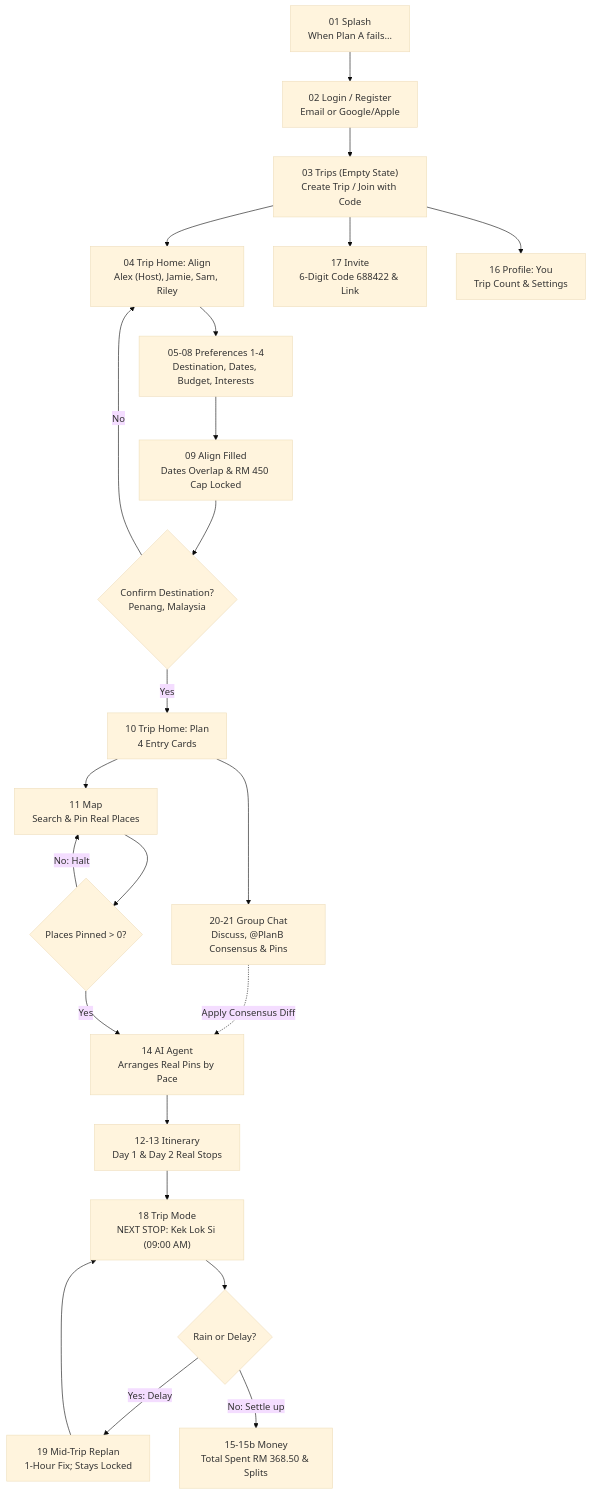
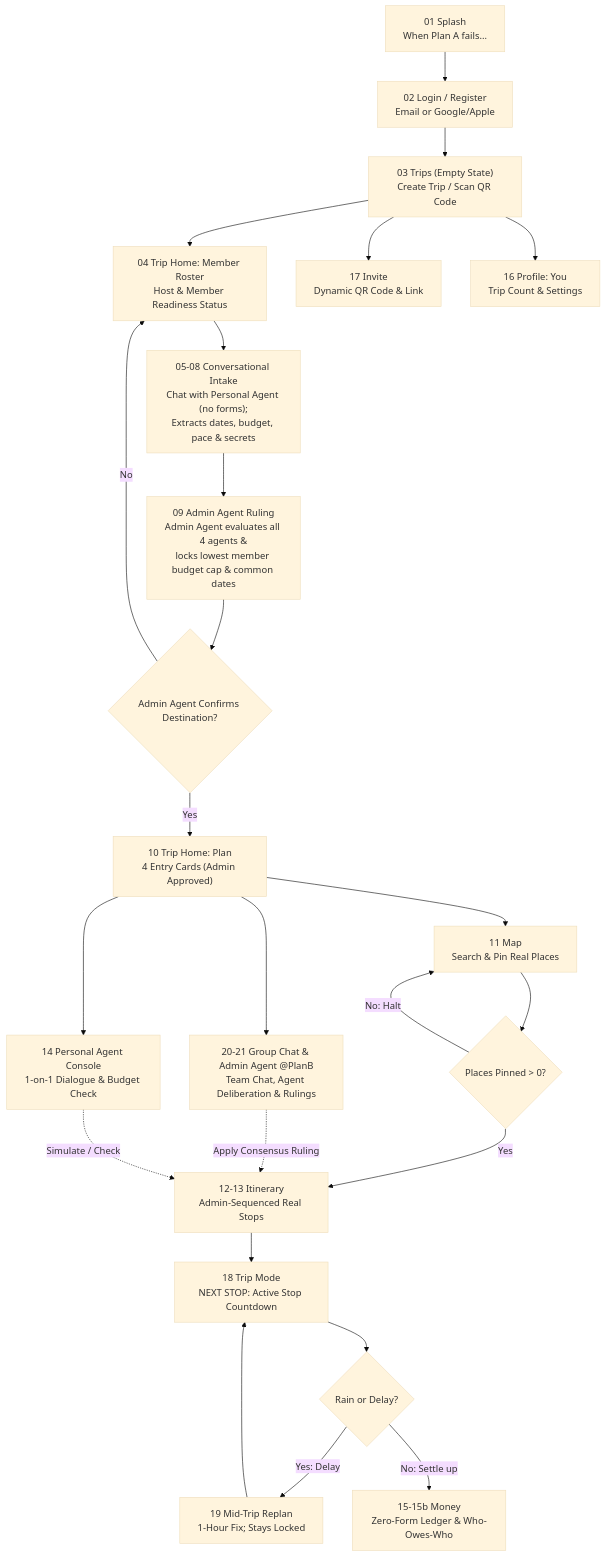
Diagram 15 of 21 in README.md (nlzce/We-are-the-champions_Plan-B), drawn with Mermaid (base theme) before and after one commit. The commit also changed other lines of this file, not shown here.

Commit message:
docs: update README with multi-agent architecture, 22-screen journey, and zero-form intake

````diff
--- a/README.md
+++ b/README.md
@@ -380,25 +489,26 @@
 ```mermaid
 flowchart TD
   S01["01 Splash<br/>When Plan A fails..."] --> S02["02 Login / Register<br/>Email or Google/Apple"]
-  S02 --> S03["03 Trips (Empty State)<br/>Create Trip / Join with Code"]
-  S03 --> S04["04 Trip Home: Align<br/>Alex (Host), Jamie, Sam, Riley"]
-  S03 --> S17["17 Invite<br/>6-Digit Code 688422 & Link"]
-  S04 --> S05_08["05-08 Preferences 1-4<br/>Destination, Dates, Budget, Interests"]
-  S05_08 --> S09["09 Align Filled<br/>Dates Overlap & RM 450 Cap Locked"]
-  S09 --> DestCheck{"Confirm Destination?<br/>Penang, Malaysia"}
+  S02 --> S03["03 Trips (Empty State)<br/>Create Trip / Scan QR Code"]
+  S03 --> S04["04 Trip Home: Member Roster<br/>Host & Member Readiness Status"]
+  S03 --> S17["17 Invite<br/>Dynamic QR Code & Link"]
+  S04 --> S05_08["05-08 Conversational Intake<br/>Chat with Personal Agent (no forms);<br/>Extracts dates, budget, pace & secrets"]
+  S05_08 --> S09["09 Admin Agent Ruling<br/>Admin Agent evaluates all 4 agents &<br/>locks lowest member budget cap & common dates"]
+  S09 --> DestCheck{"Admin Agent Confirms Destination?"}
   DestCheck -->|No| S04
-  DestCheck -->|Yes| S10["10 Trip Home: Plan<br/>4 Entry Cards"]
+  DestCheck -->|Yes| S10["10 Trip Home: Plan<br/>4 Entry Cards (Admin Approved)"]
   S10 --> S11["11 Map<br/>Search & Pin Real Places"]
-  S10 --> S20_21["20-21 Group Chat<br/>Discuss, @PlanB Consensus & Pins"]
-  S20_21 -.->|Apply Consensus Diff| S14
+  S10 --> S14["14 Personal Agent Console<br/>1-on-1 Dialogue & Budget Check"]
+  S10 --> S20_21["20-21 Group Chat & Admin Agent @PlanB<br/>Team Chat, Agent Deliberation & Rulings"]
   S11 --> PlaceCheck{"Places Pinned > 0?"}
   PlaceCheck -->|No: Halt| S11
-  PlaceCheck -->|Yes| S14["14 AI Agent<br/>Arranges Real Pins by Pace"]
-  S14 --> S12_13["12-13 Itinerary<br/>Day 1 & Day 2 Real Stops"]
-  S12_13 --> S18["18 Trip Mode<br/>NEXT STOP: Kek Lok Si (09:00 AM)"]
+  PlaceCheck -->|Yes| S12_13["12-13 Itinerary<br/>Admin-Sequenced Real Stops"]
+  S20_21 -.->|"Apply Consensus Ruling"| S12_13
+  S14 -.->|"Simulate / Check"| S12_13
+  S12_13 --> S18["18 Trip Mode<br/>NEXT STOP: Active Stop Countdown"]
   S18 --> DisCheck{"Rain or Delay?"}
   DisCheck -->|Yes: Delay| S19["19 Mid-Trip Replan<br/>1-Hour Fix; Stays Locked"]
   S19 --> S18
-  DisCheck -->|No: Settle up| S15["15-15b Money<br/>Total Spent RM 368.50 & Splits"]
+  DisCheck -->|No: Settle up| S15["15-15b Money<br/>Zero-Form Ledger & Who-Owes-Who"]
   S03 --> S16["16 Profile: You<br/>Trip Count & Settings"]
 ```
````
